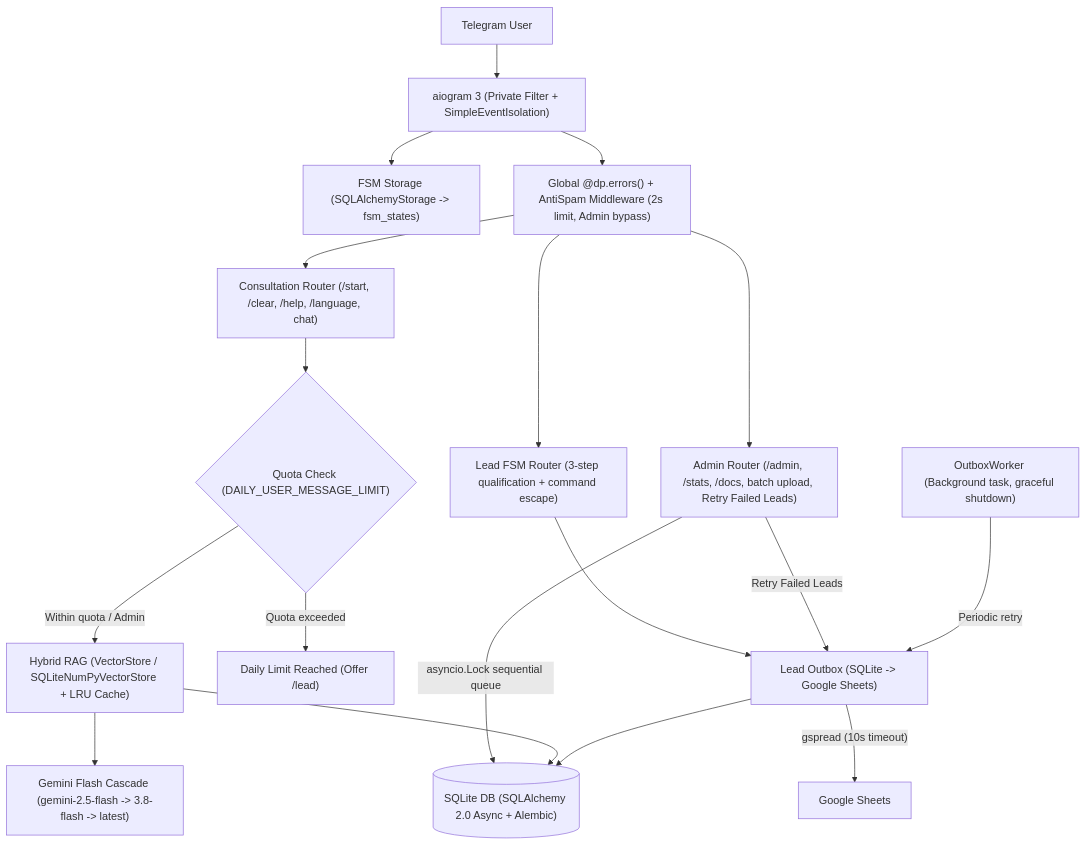
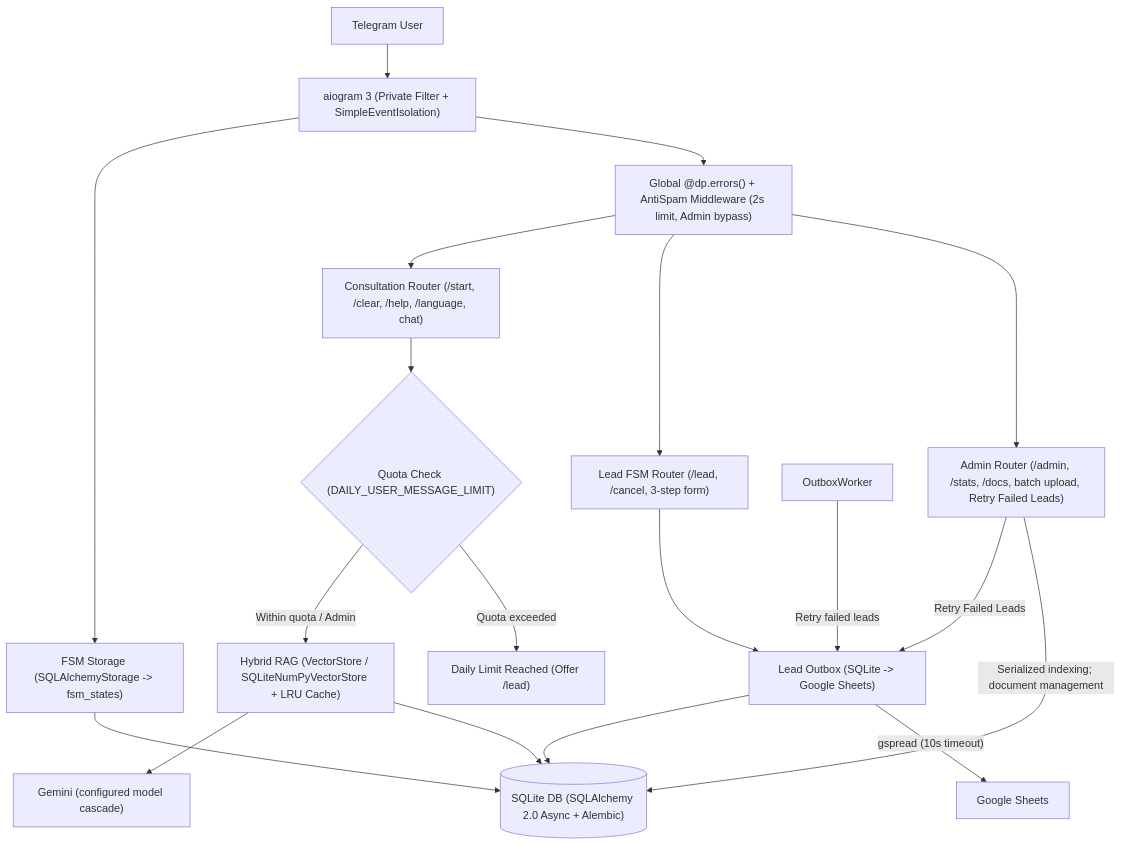
One commit to Artem-462/ai_lead_bot changed the first of 2 diagrams in README.md. Above: the diagram before and after it, drawn with Mermaid. The commit also changed other lines of this file and 16 other files, not shown here.

````diff
--- a/README.md
+++ b/README.md
@@ -54,23 +51,24 @@
 ```mermaid
 flowchart TD
     User["Telegram User"] --> Bot["aiogram 3 (Private Filter + SimpleEventIsolation)"]
     Bot --> FSM["FSM Storage (SQLAlchemyStorage -> fsm_states)"]
     Bot --> ErrorBoundary["Global @dp.errors() + AntiSpam Middleware (2s limit, Admin bypass)"]
 
     ErrorBoundary --> MainH["Consultation Router (/start, /clear, /help, /language, chat)"]
-    ErrorBoundary --> LeadH["Lead FSM Router (3-step qualification + command escape)"]
+    ErrorBoundary --> LeadH["Lead FSM Router (/lead, /cancel, 3-step form)"]
     ErrorBoundary --> AdminH["Admin Router (/admin, /stats, /docs, batch upload, Retry Failed Leads)"]
 
     MainH --> QuotaCheck{"Quota Check (DAILY_USER_MESSAGE_LIMIT)"}
     QuotaCheck -->|"Within quota / Admin"| HybridRAG["Hybrid RAG (VectorStore / SQLiteNumPyVectorStore + LRU Cache)"]
     QuotaCheck -->|"Quota exceeded"| LimitMsg["Daily Limit Reached (Offer /lead)"]
-    HybridRAG --> Gemini["Gemini Flash Cascade (gemini-2.5-flash -> 3.8-flash -> latest)"]
+    HybridRAG --> Gemini["Gemini (configured model cascade)"]
 
     LeadH --> Outbox["Lead Outbox (SQLite -> Google Sheets)"]
     AdminH -->|"Retry Failed Leads"| Outbox
-    AdminH -->|"asyncio.Lock sequential queue"| DB[("SQLite DB (SQLAlchemy 2.0 Async + Alembic)")]
-    Worker["OutboxWorker (Background task, graceful shutdown)"] -->|"Periodic retry"| Outbox
+    AdminH -->|"Serialized indexing; document management"| DB[("SQLite DB (SQLAlchemy 2.0 Async + Alembic)")]
+    Worker["OutboxWorker"] -->|"Retry failed leads"| Outbox
+    FSM --> DB
     HybridRAG --> DB
     Outbox --> DB
     Outbox -->|"gspread (10s timeout)"| GSheets["Google Sheets"]
 ```
````
